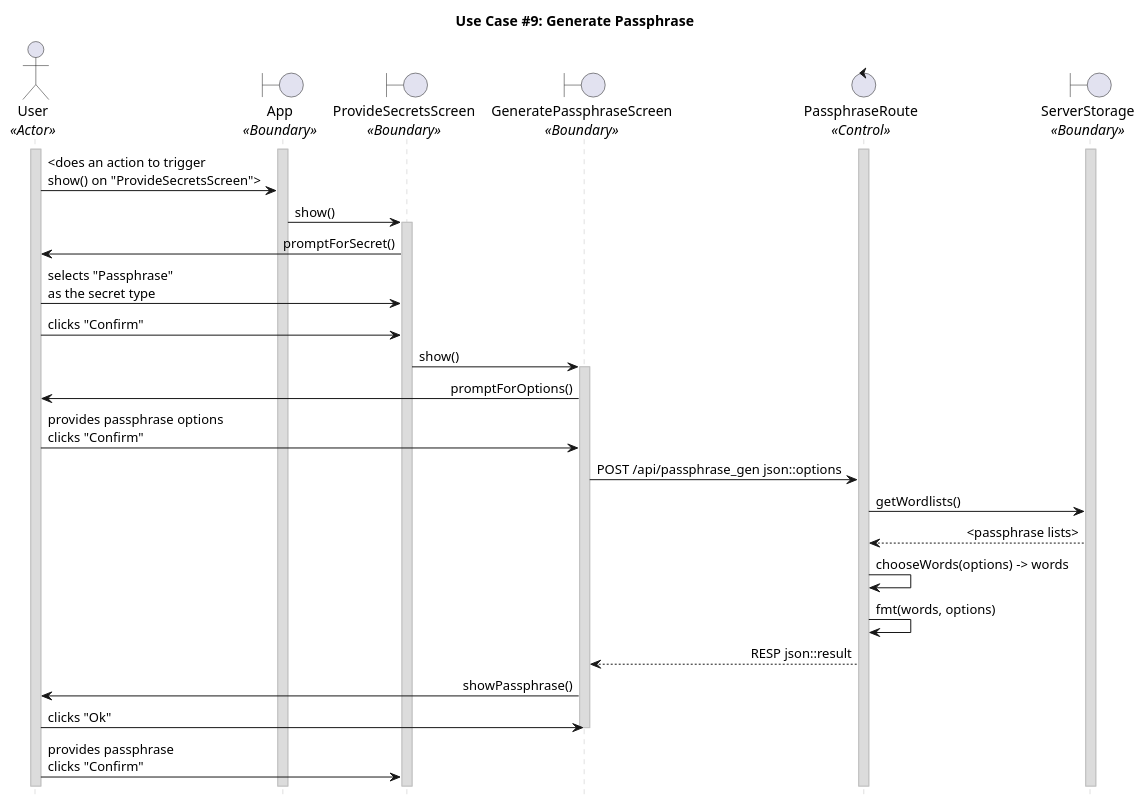
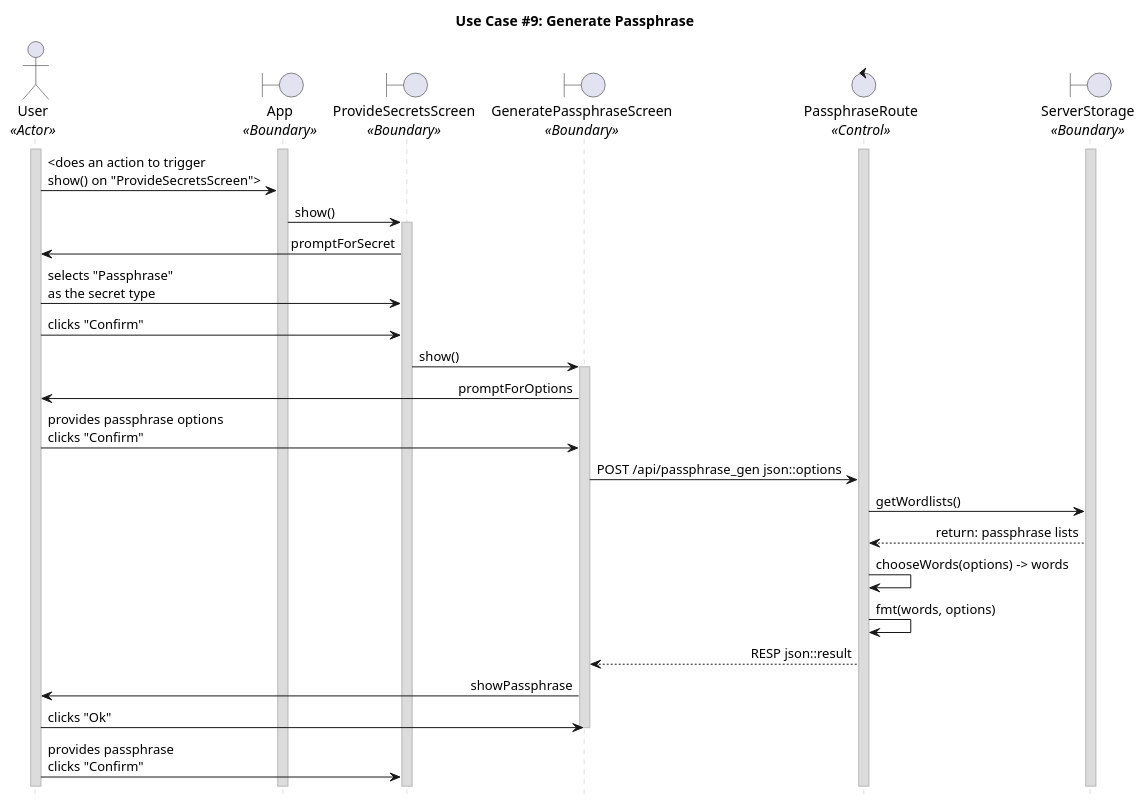
Before and after one commit to CECS-491-SP24-Group-1/seq-diagrams: the diagram in uc_09.puml, drawn with PlantUML. The commit also changed 1 other file, not shown here.

```diff
--- a/uc_09.puml
+++ b/uc_09.puml
@@ -1,64 +1,64 @@
 @startuml uc09
 title "Use Case #9: Generate Passphrase"
 
 'Styling goes here
 hide footbox
 skinparam stereotypePosition bottom
 skinparam sequenceMessageAlign direction
 skinparam sequence {
 	LifeLineBorderColor #Silver
 	LifeLineBackgroundColor #Gainsboro
 }
 
 'Setup the objects involved here
 actor User as u <<Actor>>
 boundary App as a <<Boundary>>
 boundary ProvideSecretsScreen as pss <<Boundary>>
 boundary GeneratePassphraseScreen as gps <<Boundary>>
 control PassphraseRoute as pr <<Control>>
 boundary ServerStorage as ss <<Boundary>>
 
 'Setup persistent objects here
 activate u
 activate a
 activate pr
 activate ss
 
 '--- FLOW OF CONTROL STARTS HERE ---
 'User requests a passphrase from the server along with options such as number of words in the phrase.
 u -> a: <does an action to trigger \nshow() on "ProvideSecretsScreen">
 a -> pss: show()
 activate pss
-pss -> u: promptForSecret()
+pss -> u: promptForSecret
 u -> pss: selects "Passphrase" \nas the secret type
 u -> pss: clicks "Confirm"
 pss -> gps: show()
 activate gps
-gps -> u: promptForOptions()
+gps -> u: promptForOptions
 u -> gps: provides passphrase options \nclicks "Confirm"
 
 'TODO: Might want to shit passphrase generation from serverside to clientside
 'Request is made to the server with the user's options
 gps -> pr: POST /api/passphrase_gen json::options
 
 'Server picks a format from a pre-defined list of formats.
 pr -> ss: getWordlists()
-ss --> pr: <passphrase lists>
+ss --> pr: return: passphrase lists
 
 'Server chooses random phrases from the wordlist.
 pr -> pr: chooseWords(options) -> words
 
 'Server formats the passphrase according to the chosen format and user request.
 pr -> pr: fmt(words, options)
 
 'Server sends the passphrase back to the user.
 pr --> gps: RESP json::result
-gps -> u: showPassphrase()
+gps -> u: showPassphrase
 u -> gps: clicks "Ok"
 deactivate gps
 
 'Cleanup
 u -> pss: provides passphrase \nclicks "Confirm"
 '--- FLOW OF CONTROL ENDS HERE   ---
 
 @enduml
```
